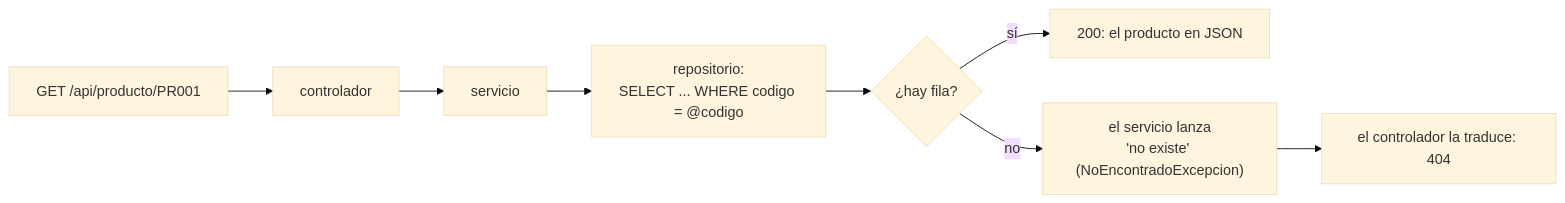
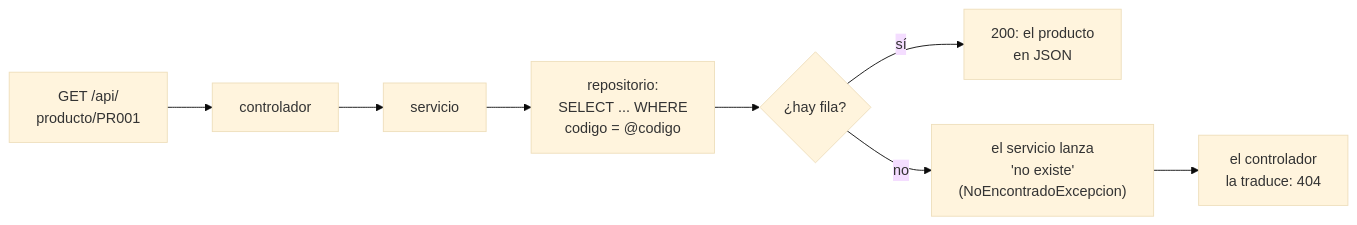
The second of 2 diagrams in docs/FLUJO_DE_UNA_PETICION.md (ccastro2050/proyecto_construccion_de_software6), drawn with Mermaid (base theme) before and after one commit. The commit also changed other lines of this file, not shown here.

Commit message:
FLUJO_DE_UNA_PETICION: diagramas regenerados con renglones cortos y sin corchetes/llaves en las etiquetas — GitHub recortaba el texto de las cajas

````diff
--- a/docs/FLUJO_DE_UNA_PETICION.md
+++ b/docs/FLUJO_DE_UNA_PETICION.md
@@ -125,7 +126,7 @@
 ```mermaid
 flowchart LR
-    A["GET /api/producto/PR001"] --> B["controlador"] --> S["servicio"] --> R["repositorio:<br/>SELECT ... WHERE codigo = @codigo"]
+    A["GET /api/<br/>producto/PR001"] --> B["controlador"] --> S["servicio"] --> R["repositorio:<br/>SELECT ... WHERE<br/>codigo = @codigo"]
     R --> E{"¿hay fila?"}
-    E -->|"sí"| OK["200: el producto en JSON"]
-    E -->|"no"| N["el servicio lanza<br/>'no existe' (NoEncontradoExcepcion)"] --> C404["el controlador la traduce: 404"]
+    E -->|"sí"| OK["200: el producto<br/>en JSON"]
+    E -->|"no"| N["el servicio lanza<br/>'no existe'<br/>(NoEncontradoExcepcion)"] --> C404["el controlador<br/>la traduce: 404"]
 ```
````
